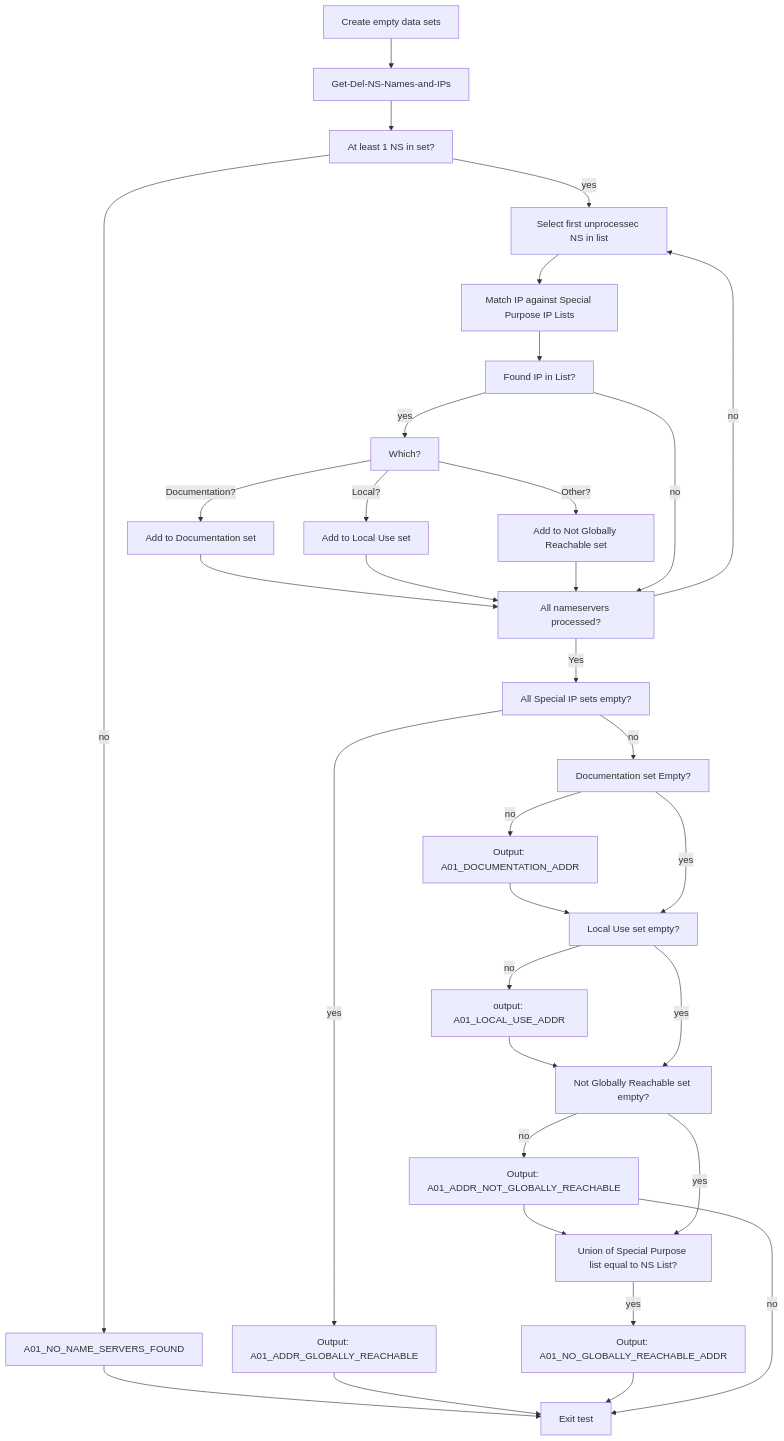
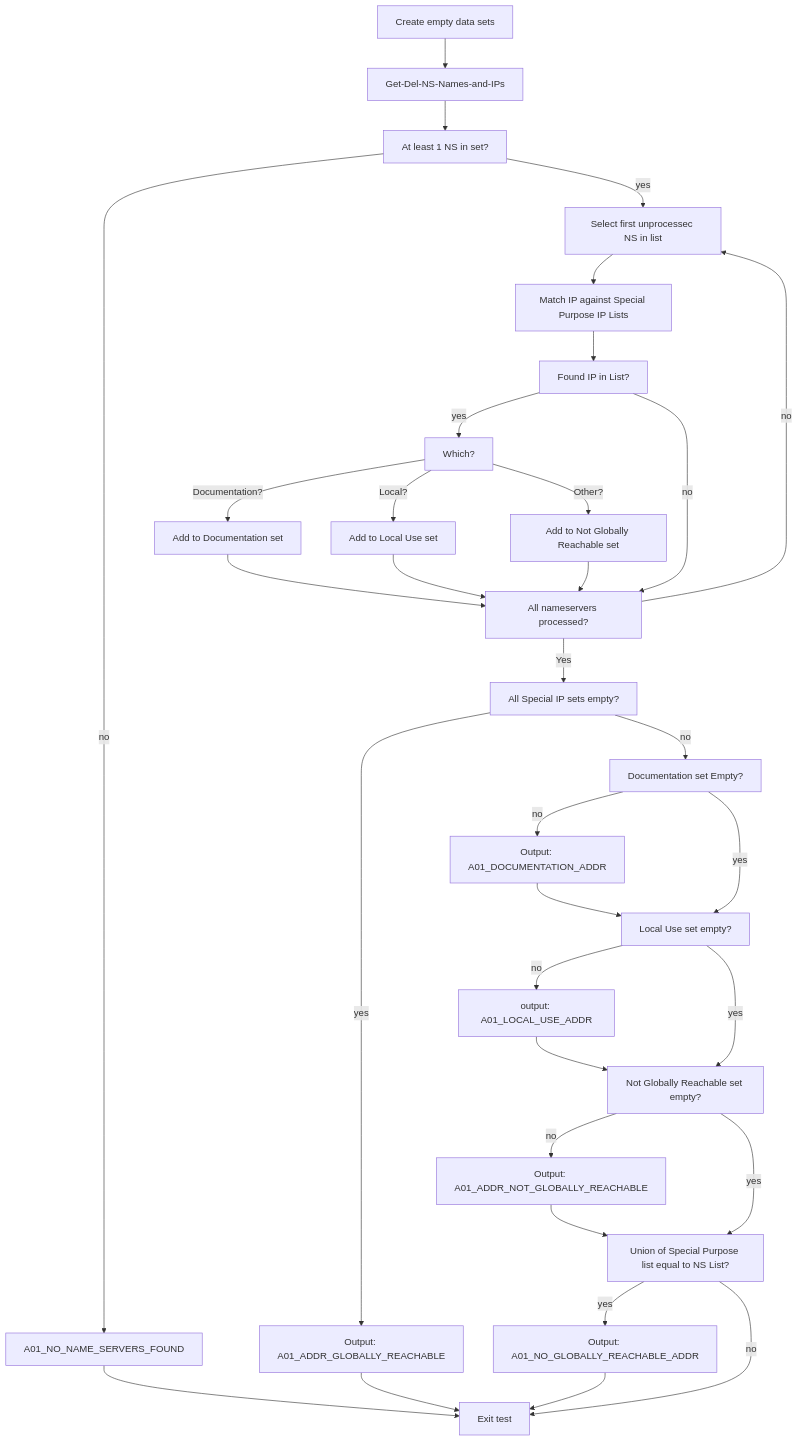
Before and after one commit to tolvmannen/zonemaster: the diagram in docs/public/specifications/tests/Address-TP/address01.md, drawn with Mermaid.

Commit message:
Fixed Mermaid graph yet again

````diff
--- a/docs/public/specifications/tests/Address-TP/address01.md
+++ b/docs/public/specifications/tests/Address-TP/address01.md
@@ -114,36 +114,36 @@
 ```mermaid
 graph TD;
     A[Create empty data sets] --> B[Get-Del-NS-Names-and-IPs]
     B --> C[At least 1 NS in set?] 
     C -- no --> R[A01_NO_NAME_SERVERS_FOUND]
     R --> X[Exit test]
     C -- yes --> D[Select first unprocessec NS in list]
     D --> E[Match IP against Special Purpose IP Lists]
     E --> F[Found IP in List?]
     F -- yes --> G[Which?]
     G -- Documentation? --> H[Add to Documentation set]
     G -- Local? --> I[Add to Local Use set]
     G -- Other? --> J[Add to Not Globally Reachable set]
     H --> K
     I --> K
     J --> K
     F -- no --> K[All nameservers processed?]
     K -- no --> D
     K -- Yes --> L[All Special IP sets empty?]
     L -- yes --> M[Output: A01_ADDR_GLOBALLY_REACHABLE]
     M --> X
     L -- no --> N[Documentation set Empty?]
     N -- no --> O[Output: A01_DOCUMENTATION_ADDR]
     O --> P[Local Use set empty?]
     P -- no --> Q[output: A01_LOCAL_USE_ADDR]
     Q --> S[Not Globally Reachable set empty?]
     S -- no --> T[Output: A01_ADDR_NOT_GLOBALLY_REACHABLE] 
     T --> U[Union of Special Purpose list equal to NS List?]
     U -- yes --> V[Output: A01_NO_GLOBALLY_REACHABLE_ADDR]
     V --> X
     N -- yes --> P
     P -- yes --> S
     S -- yes --> U
-    T -- no --> X
+    U -- no --> X
     
 ```
````
